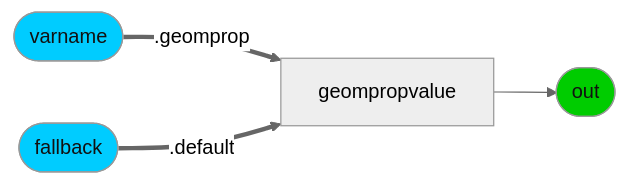
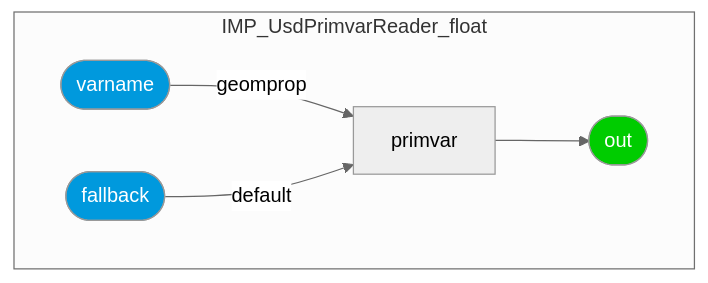
One commit to kwokcb/MaterialX_Learn changed diagram 18 of 36 in documents/definitions/bxdf_doc.md. Above: the diagram before and after it, drawn with Mermaid (neutral theme). The commit also changed other lines of this file and 1015 other files, not shown here.

````diff
--- a/documents/definitions/bxdf_doc.md
+++ b/documents/definitions/bxdf_doc.md
@@ -1895,10 +2401,15 @@
 ```mermaid
-graph LR; 
-    IMP_UsdPrimvarReader_float_primvar[geompropvalue] --> IMP_UsdPrimvarReader_float_out([out])
-    style IMP_UsdPrimvarReader_float_out fill:#0C0, color:#111
-    IMP_UsdPrimvarReader_float_varnameINT([varname]) ==.geomprop==> IMP_UsdPrimvarReader_float_primvar[geompropvalue]
-    style IMP_UsdPrimvarReader_float_varnameINT fill:#0CF, color:#111
-    IMP_UsdPrimvarReader_float_fallbackINT([fallback]) ==.default==> IMP_UsdPrimvarReader_float_primvar[geompropvalue]
-    style IMP_UsdPrimvarReader_float_fallbackINT fill:#0CF, color:#111
-
+graph TB
+    subgraph IMP_UsdPrimvarReader_float
+    IMP_UsdPrimvarReader_float_primvar[primvar]
+    style IMP_UsdPrimvarReader_float_out  fill:#0C0, color:#FFF
+    IMP_UsdPrimvarReader_float_out([out])
+    style IMP_UsdPrimvarReader_float_varname  fill:#09D, color:#FFF
+    IMP_UsdPrimvarReader_float_varname([varname])
+    style IMP_UsdPrimvarReader_float_fallback  fill:#09D, color:#FFF
+    IMP_UsdPrimvarReader_float_fallback([fallback])
+    end
+    IMP_UsdPrimvarReader_float_varname --"geomprop"--> IMP_UsdPrimvarReader_float_primvar
+    IMP_UsdPrimvarReader_float_fallback --"default"--> IMP_UsdPrimvarReader_float_primvar
+    IMP_UsdPrimvarReader_float_primvar --> IMP_UsdPrimvarReader_float_out
 ```
````
